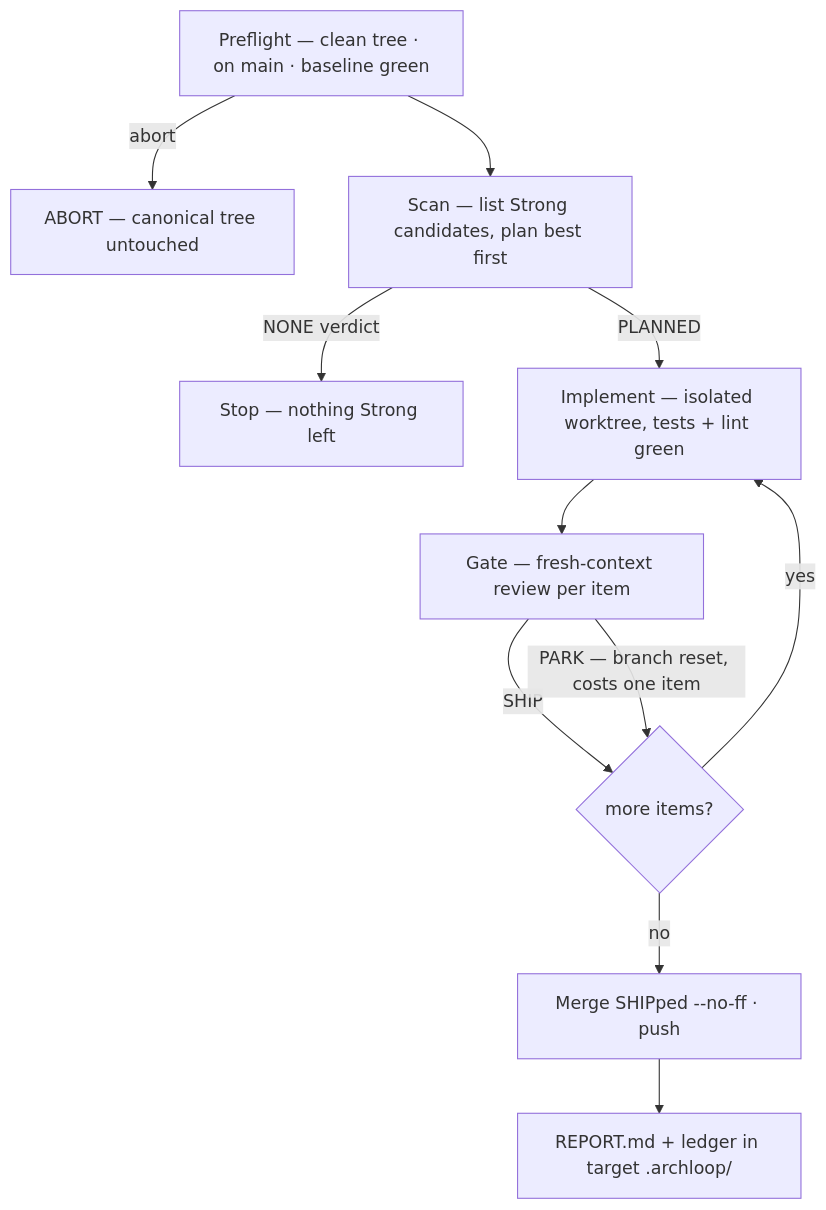
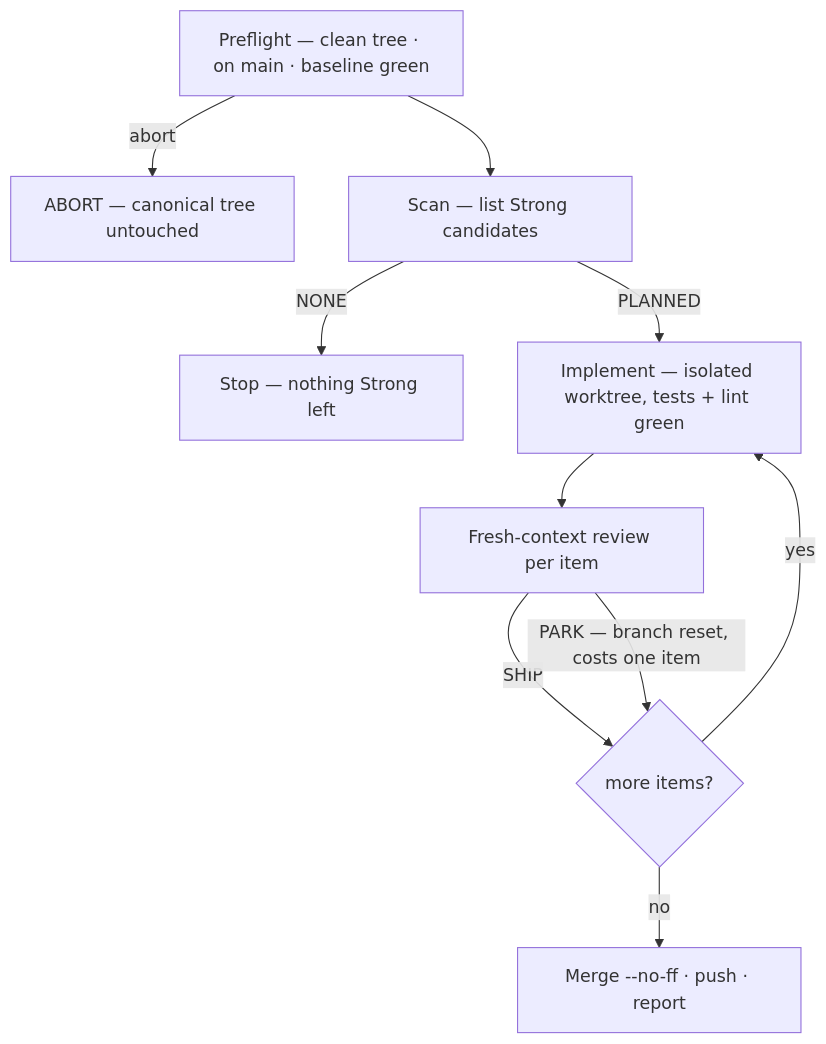
The diagram in README.md (andrepontesmelo/archloop), drawn with Mermaid before and after one commit. The commit also changed other lines of this file, not shown here.

First line of the commit message:
docs(readme): full rubric rewrite — five-section shape, benefits-first, one diagram, CI-only badges (t_904966a0)

````diff
--- a/README.md
+++ b/README.md
@@ -55,13 +19,12 @@
 ```mermaid
 flowchart TD
     P["Preflight — clean tree · on main · baseline green"] -->|"abort"| X["ABORT — canonical tree untouched"]
-    P --> S["Scan — list Strong candidates, plan best first"]
-    S -->|"NONE verdict"| D["Stop — nothing Strong left"]
+    P --> S["Scan — list Strong candidates"]
+    S -->|"NONE"| D["Stop — nothing Strong left"]
     S -->|"PLANNED"| I["Implement — isolated worktree, tests + lint green"]
-    I --> G["Gate — fresh-context review per item"]
+    I --> G["Fresh-context review per item"]
     G -->|"SHIP"| N{"more items?"}
     G -->|"PARK — branch reset, costs one item"| N
     N -->|"yes"| I
-    N -->|"no"| M["Merge SHIPped --no-ff · push"]
-    M --> R["REPORT.md + ledger in target .archloop/"]
+    N -->|"no"| M["Merge --no-ff · push · report"]
 ```
````
